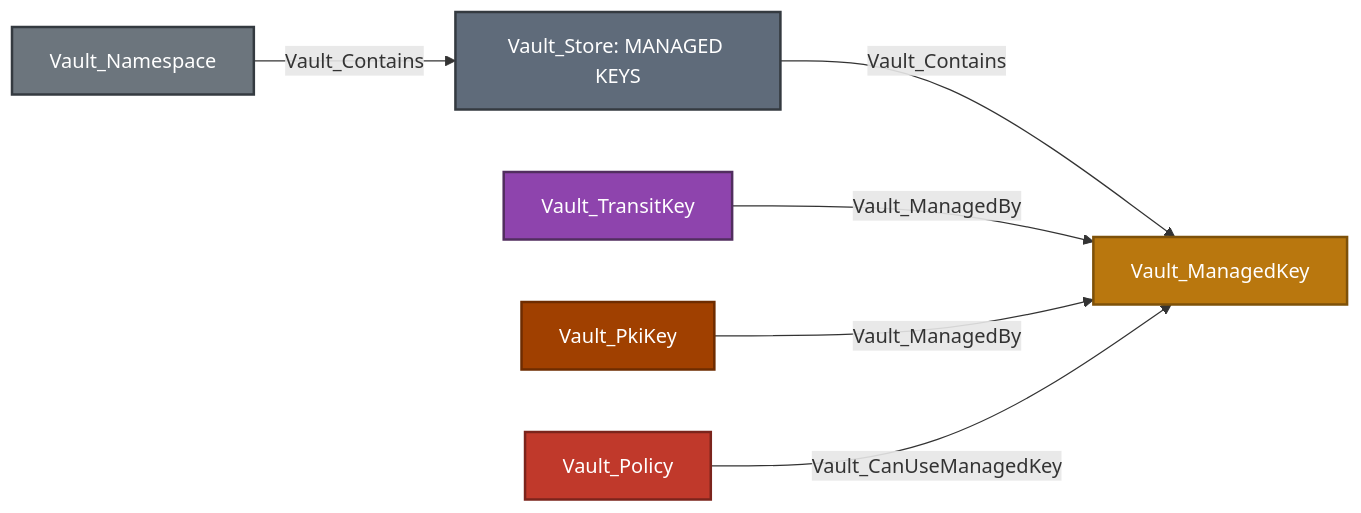
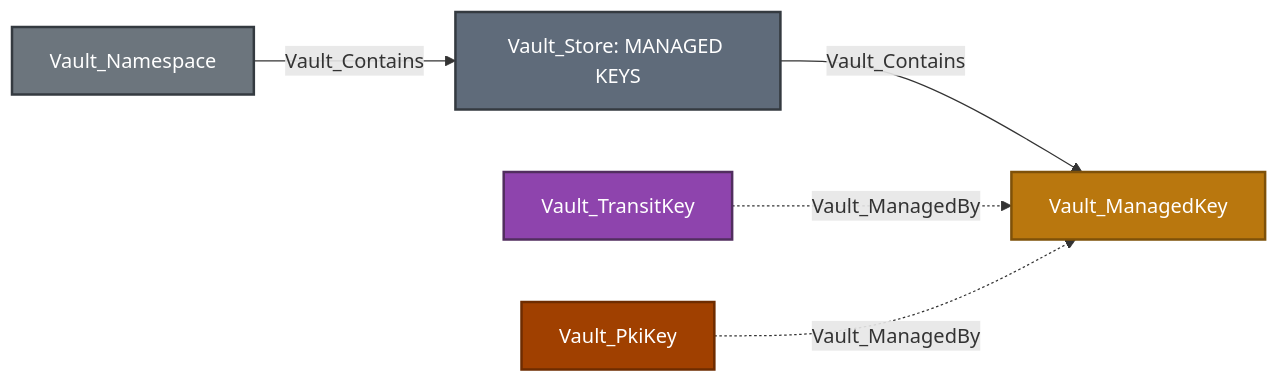
The first of 3 diagrams in Documentation/stores/MANAGED_KEYS.md (bytewreck/opengraph-vault), drawn with Mermaid before and after one commit. The commit also changed other lines of this file and 5 other files, not shown here.

````diff
--- a/Documentation/stores/MANAGED_KEYS.md
+++ b/Documentation/stores/MANAGED_KEYS.md
@@ -21,15 +21,13 @@
 ```mermaid
 flowchart LR
     namespace[Vault_Namespace]:::namespaceNode -->|Vault_Contains| store[Vault_Store: MANAGED KEYS]:::storeNode
     store -->|Vault_Contains| managed[Vault_ManagedKey]:::managedKeyNode
-    transit[Vault_TransitKey]:::transitKeyNode -->|Vault_ManagedBy| managed
-    pki[Vault_PkiKey]:::pkiKeyNode -->|Vault_ManagedBy| managed
-    policy[Vault_Policy]:::policyNode -->|Vault_CanUseManagedKey| managed
+    transit[Vault_TransitKey]:::transitKeyNode -.->|Vault_ManagedBy| managed
+    pki[Vault_PkiKey]:::pkiKeyNode -.->|Vault_ManagedBy| managed
 
     classDef namespaceNode fill:#6C757D,color:#fff,stroke:#343A40,stroke-width:2px
     classDef storeNode fill:#5F6B7A,color:#fff,stroke:#343A40,stroke-width:2px
     classDef managedKeyNode fill:#B9770E,color:#fff,stroke:#7E5109,stroke-width:2px
     classDef transitKeyNode fill:#8E44AD,color:#fff,stroke:#512E5F,stroke-width:2px
     classDef pkiKeyNode fill:#A04000,color:#fff,stroke:#6E2C00,stroke-width:2px
-    classDef policyNode fill:#C0392B,color:#fff,stroke:#7B241C,stroke-width:2px
 ```
````
